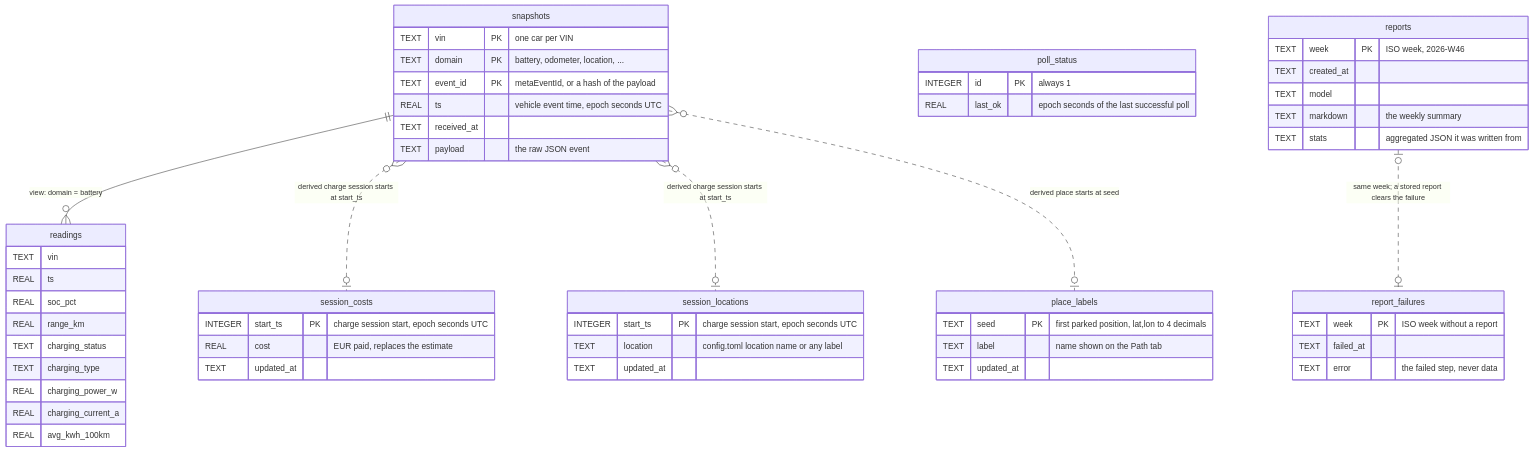
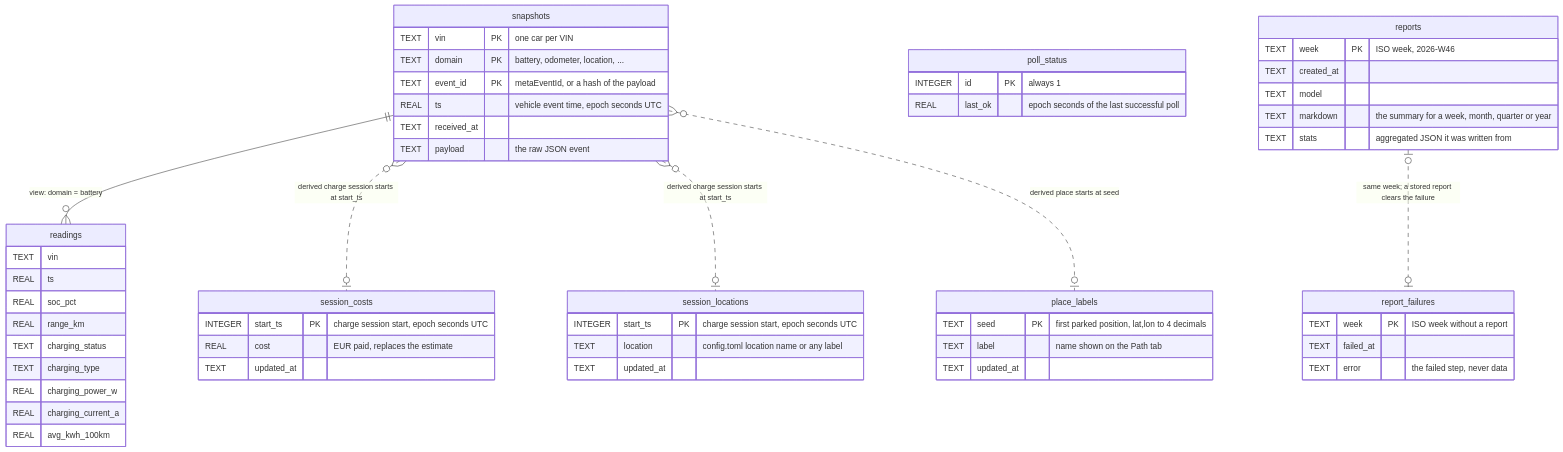
One commit to coulof/polestar-telemetry changed the diagram in docs/database.md. Above: the diagram before and after it, drawn with Mermaid. The commit also changed other lines of this file and 20 other files, not shown here.

````diff
--- a/docs/database.md
+++ b/docs/database.md
@@ -7,59 +7,59 @@
 ```mermaid
 erDiagram
     snapshots {
         TEXT vin PK "one car per VIN"
         TEXT domain PK "battery, odometer, location, ..."
         TEXT event_id PK "metaEventId, or a hash of the payload"
         REAL ts "vehicle event time, epoch seconds UTC"
         TEXT received_at
         TEXT payload "the raw JSON event"
     }
     readings {
         TEXT vin
         REAL ts
         REAL soc_pct
         REAL range_km
         TEXT charging_status
         TEXT charging_type
         REAL charging_power_w
         REAL charging_current_a
         REAL avg_kwh_100km
     }
     poll_status {
         INTEGER id PK "always 1"
         REAL last_ok "epoch seconds of the last successful poll"
     }
     reports {
         TEXT week PK "ISO week, 2026-W46"
         TEXT created_at
         TEXT model
-        TEXT markdown "the weekly summary"
+        TEXT markdown "the summary for a week, month, quarter or year"
         TEXT stats "aggregated JSON it was written from"
     }
     report_failures {
         TEXT week PK "ISO week without a report"
         TEXT failed_at
         TEXT error "the failed step, never data"
     }
     session_costs {
         INTEGER start_ts PK "charge session start, epoch seconds UTC"
         REAL cost "EUR paid, replaces the estimate"
         TEXT updated_at
     }
     session_locations {
         INTEGER start_ts PK "charge session start, epoch seconds UTC"
         TEXT location "config.toml location name or any label"
         TEXT updated_at
     }
     place_labels {
         TEXT seed PK "first parked position, lat,lon to 4 decimals"
         TEXT label "name shown on the Path tab"
         TEXT updated_at
     }
 
     snapshots ||--o{ readings : "view: domain = battery"
     reports |o..o| report_failures : "same week; a stored report clears the failure"
     snapshots }o..o| session_costs : "derived charge session starts at start_ts"
     snapshots }o..o| session_locations : "derived charge session starts at start_ts"
     snapshots }o..o| place_labels : "derived place starts at seed"
 ```
````
